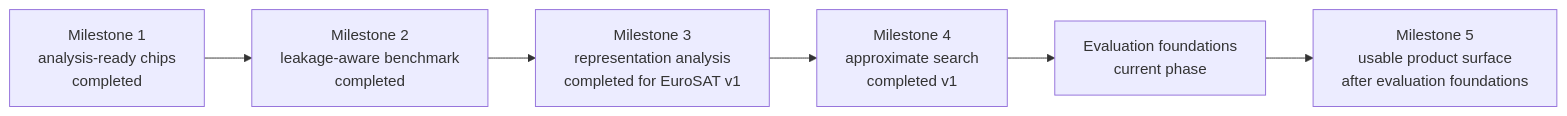
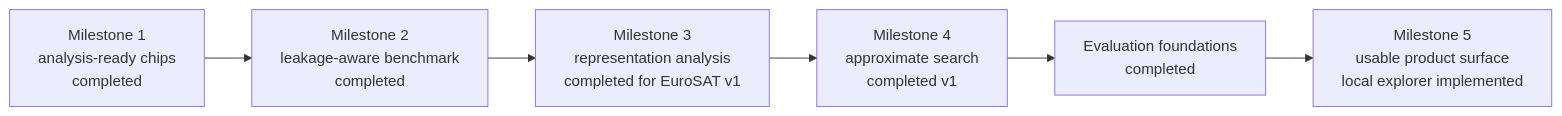
The diagram in docs/project-context.md (NikosMav/eo-visual-retrieval), drawn with Mermaid before and after one commit. The commit also changed other lines of this file and 18 other files, not shown here.

Commit message:
Finish the local representation explorer and refresh project guidance

````diff
--- a/docs/project-context.md
+++ b/docs/project-context.md
@@ -58,10 +60,10 @@
 ```mermaid
 flowchart LR
     M1[Milestone 1<br/>analysis-ready chips<br/>completed]
     M2[Milestone 2<br/>leakage-aware benchmark<br/>completed]
     M3[Milestone 3<br/>representation analysis<br/>completed for EuroSAT v1]
     M4[Milestone 4<br/>approximate search<br/>completed v1]
-    E[Evaluation foundations<br/>current phase]
-    M5[Milestone 5<br/>usable product surface<br/>after evaluation foundations]
+    E[Evaluation foundations<br/>completed]
+    M5[Milestone 5<br/>usable product surface<br/>local explorer implemented]
     M1 --> M2 --> M3 --> M4 --> E --> M5
 ```
````
